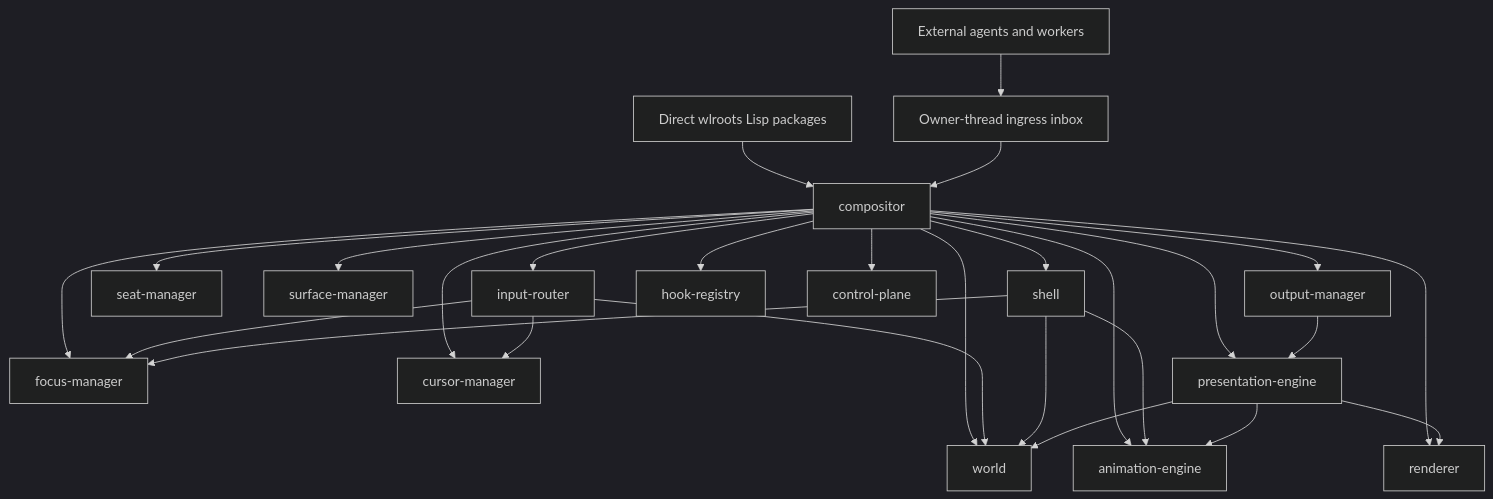
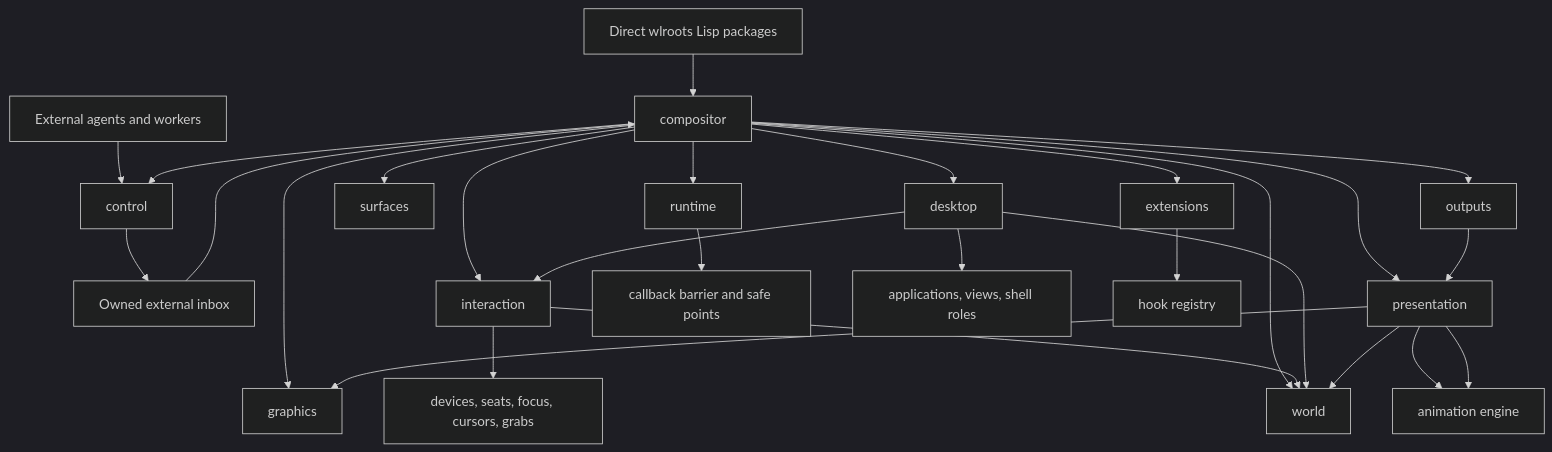
One commit to SeungheonOh/ataxia changed the first of 3 diagrams in docs/COMPOSITOR-OBJECT-DESIGN.md. Above: the diagram before and after it, drawn with Mermaid (dark theme). The commit also changed other lines of this file, not shown here.

````diff
--- a/docs/COMPOSITOR-OBJECT-DESIGN.md
+++ b/docs/COMPOSITOR-OBJECT-DESIGN.md
@@ -42,31 +44,32 @@
 ```mermaid
 flowchart TD
     WLR[Direct wlroots Lisp packages] --> C[compositor]
-    EXT[External agents and workers] --> INBOX[Owner-thread ingress inbox]
+    EXT[External agents and workers] --> CONTROL[control]
+    CONTROL --> INBOX[Owned external inbox]
     INBOX --> C
 
-    C --> OUT[output-manager]
-    C --> SEAT[seat-manager]
-    C --> SURF[surface-manager]
-    C --> SHELL[shell]
-    C --> INPUT[input-router]
-    C --> FOCUS[focus-manager]
-    C --> CURSOR[cursor-manager]
+    C --> RUNTIME[runtime]
+    C --> OUT[outputs]
+    C --> SURF[surfaces]
+    C --> DESKTOP[desktop]
+    C --> INTERACTION[interaction]
     C --> WORLD[world]
-    C --> PRESENT[presentation-engine]
-    C --> RENDER[renderer]
-    C --> ANIM[animation-engine]
-    C --> HOOKS[hook-registry]
-    C --> CONTROL[control-plane]
+    C --> PRESENT[presentation]
+    C --> GRAPHICS[graphics]
+    C --> EXTENSIONS[extensions]
+    C --> CONTROL
 
-    INPUT --> WORLD
-    INPUT --> FOCUS
-    INPUT --> CURSOR
-    SHELL --> FOCUS
-    SHELL --> WORLD
-    SHELL --> ANIM
+    RUNTIME --> SAFE[callback barrier and safe points]
+    DESKTOP --> DV[applications, views, shell roles]
+    INTERACTION --> IS[devices, seats, focus, cursors, grabs]
+    PRESENT --> ANIM[animation engine]
+    EXTENSIONS --> HOOKS[hook registry]
+
+    INTERACTION --> WORLD
+    DESKTOP --> WORLD
+    DESKTOP --> INTERACTION
     PRESENT --> WORLD
     PRESENT --> ANIM
-    PRESENT --> RENDER
+    PRESENT --> GRAPHICS
     OUT --> PRESENT
 ```
````
